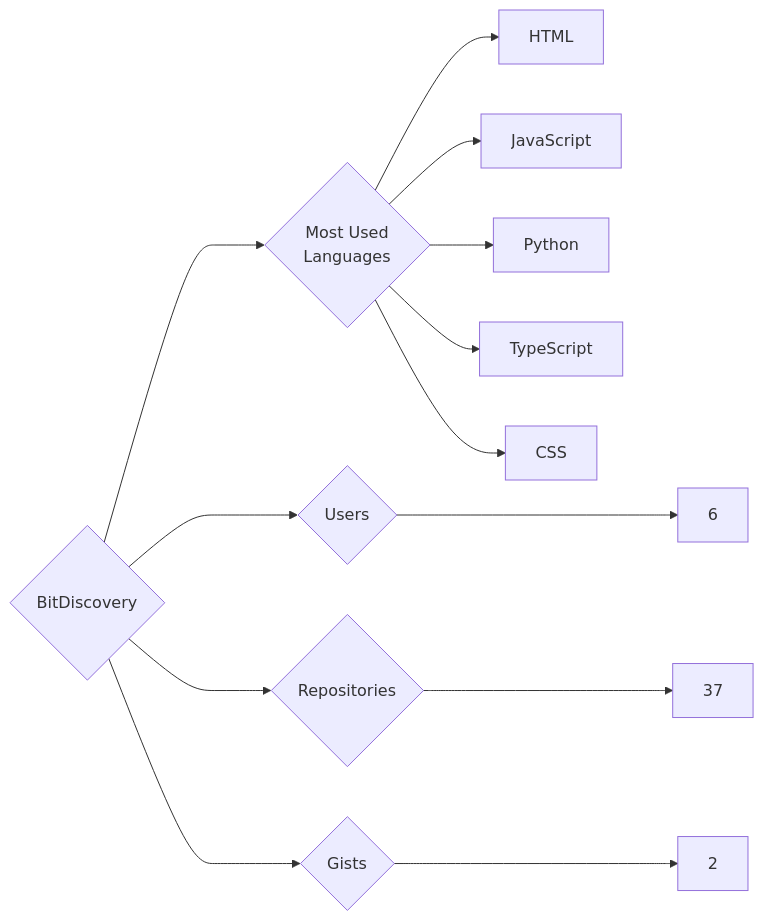
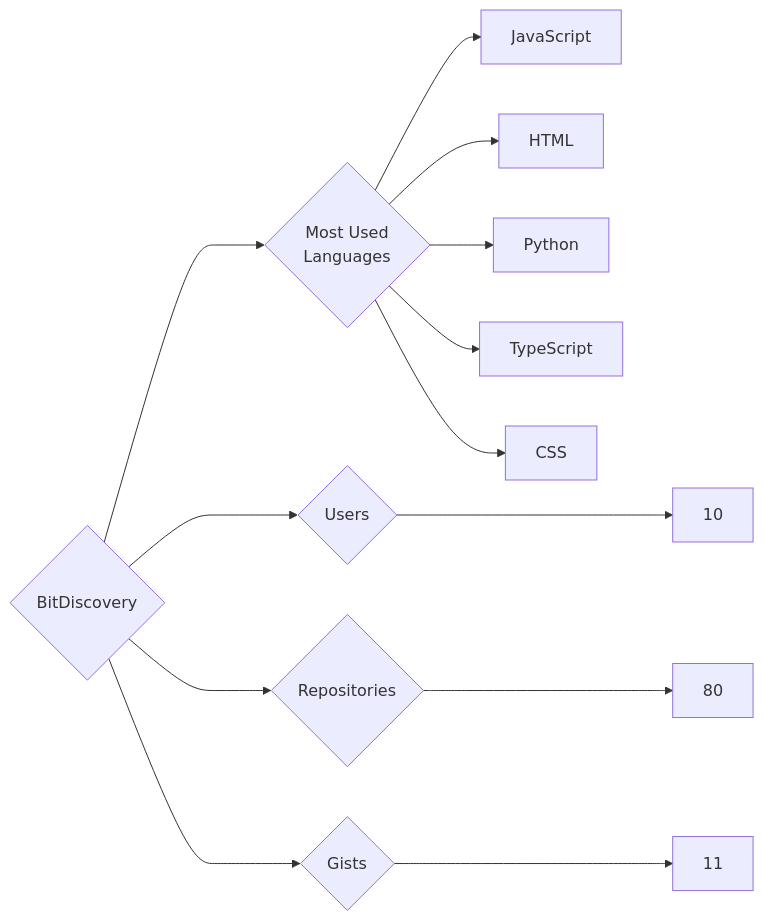
Before and after one commit to trickest/insiders: the diagram in targets/BitDiscovery/README.md, drawn with Mermaid. The commit also changed 1166 other files, not shown here.

````diff
--- a/targets/BitDiscovery/README.md
+++ b/targets/BitDiscovery/README.md
@@ -3,13 +3,13 @@
 ```mermaid
 graph LR
 COMPANY_NAME{BitDiscovery}
-COMPANY_NAME ---> U{Users} ---> UN[6]
-COMPANY_NAME ---> R{Repositories} ---> RN[37]
-COMPANY_NAME ---> G{Gists} ---> GN[2]
+COMPANY_NAME ---> U{Users} ---> UN[10]
+COMPANY_NAME ---> R{Repositories} ---> RN[80]
+COMPANY_NAME ---> G{Gists} ---> GN[11]
 COMPANY_NAME ---> ML{Most Used<br>Languages}
+ML --> JavaScript[JavaScript]
 ML --> HTML[HTML]
-ML --> JavaScript[JavaScript]
 ML --> Python[Python]
 ML --> TypeScript[TypeScript]
 ML --> CSS[CSS]
 ```
````
